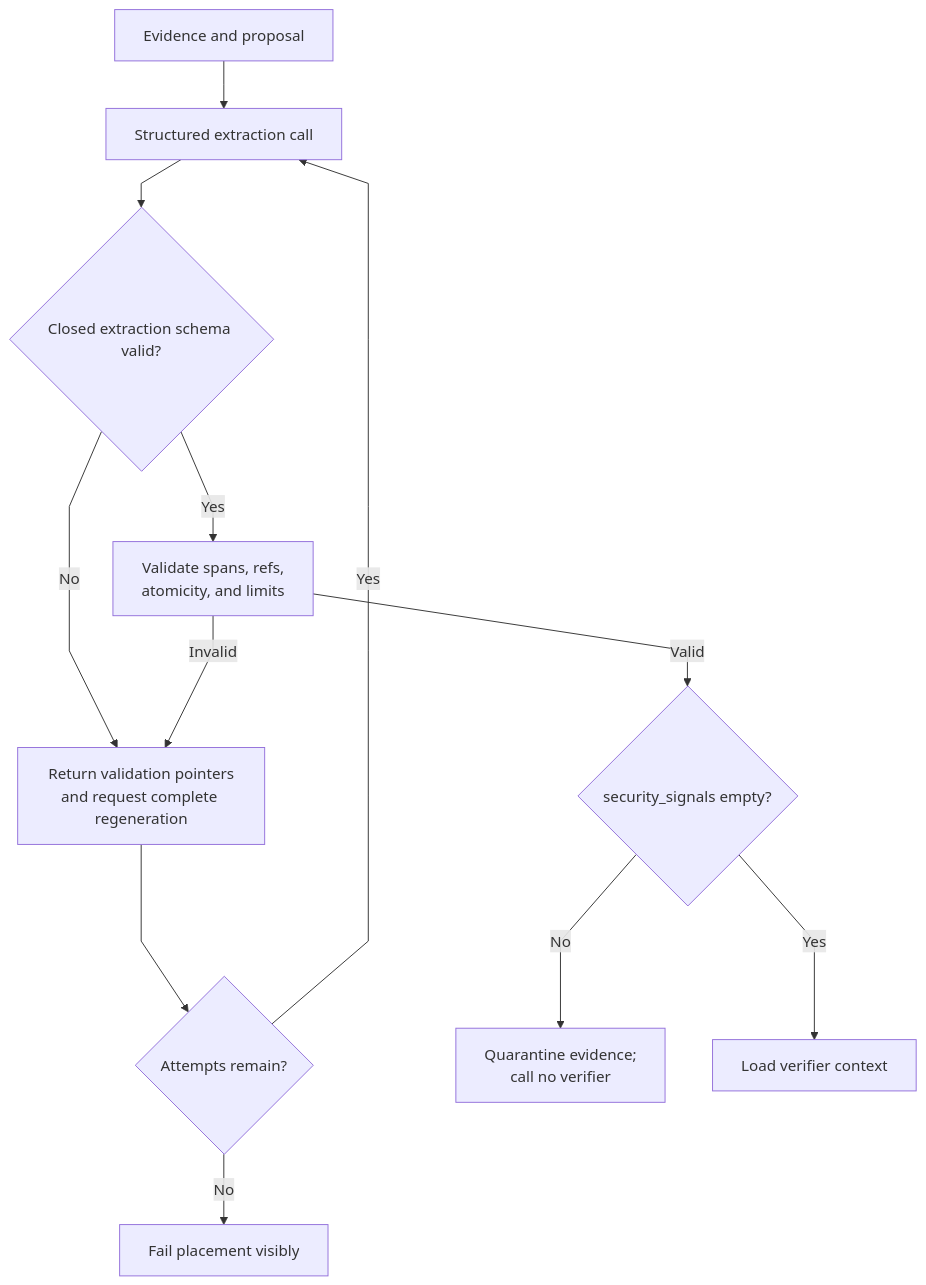
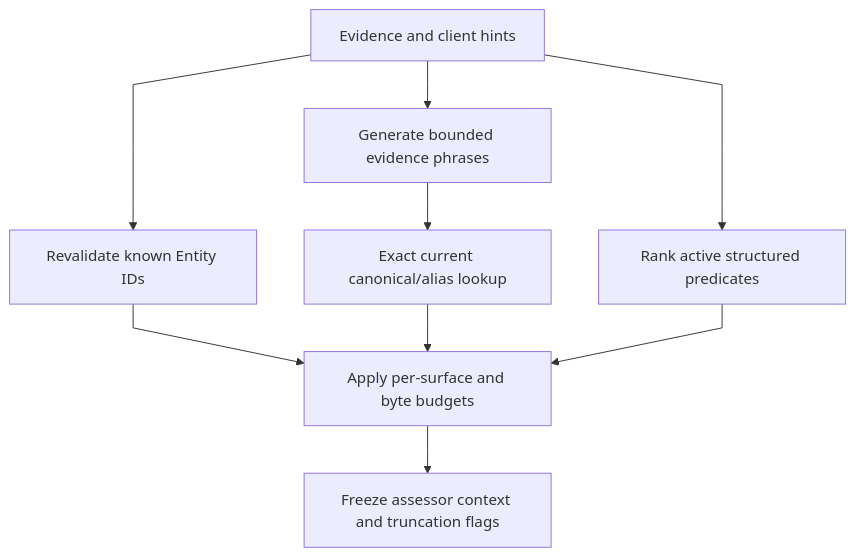
One commit to markhuangai/dense-mem changed the seventh of 14 diagrams in Write-Pipeline.md. Above: the diagram before and after it, drawn with Mermaid. The commit also changed other lines of this file and 24 other files, not shown here.

Commit message:
Document V2.4 one-call placement architecture

````diff
--- a/Write-Pipeline.md
+++ b/Write-Pipeline.md
@@ -323,15 +326,12 @@
 ```mermaid
 %%{init: {"flowchart": {"curve": "linear"}}}%%
 flowchart TD
-  Input["Evidence and proposal"] --> Call["Structured extraction call"]
-  Call --> Parse{"Closed extraction schema valid?"}
-  Parse -- No --> Retry["Return validation pointers<br/>and request complete regeneration"]
-  Retry --> Attempts{"Attempts remain?"}
-  Attempts -- Yes --> Call
-  Attempts -- No --> Fail["Fail placement visibly"]
-  Parse -- Yes --> Server["Validate spans, refs,<br/>atomicity, and limits"]
-  Server -- Invalid --> Retry
-  Server -- Valid --> Signal{"security_signals empty?"}
-  Signal -- No --> Quarantine["Quarantine evidence;<br/>call no verifier"]
-  Signal -- Yes --> Context["Load verifier context"]
+  Input["Evidence and client hints"] --> Known["Revalidate known Entity IDs"]
+  Input --> Phrases["Generate bounded evidence phrases"]
+  Phrases --> Names["Exact current canonical/alias lookup"]
+  Input --> Predicates["Rank active structured predicates"]
+  Known --> Budget["Apply per-surface and byte budgets"]
+  Names --> Budget
+  Predicates --> Budget
+  Budget --> Context["Freeze assessor context and truncation flags"]
 ```
````
